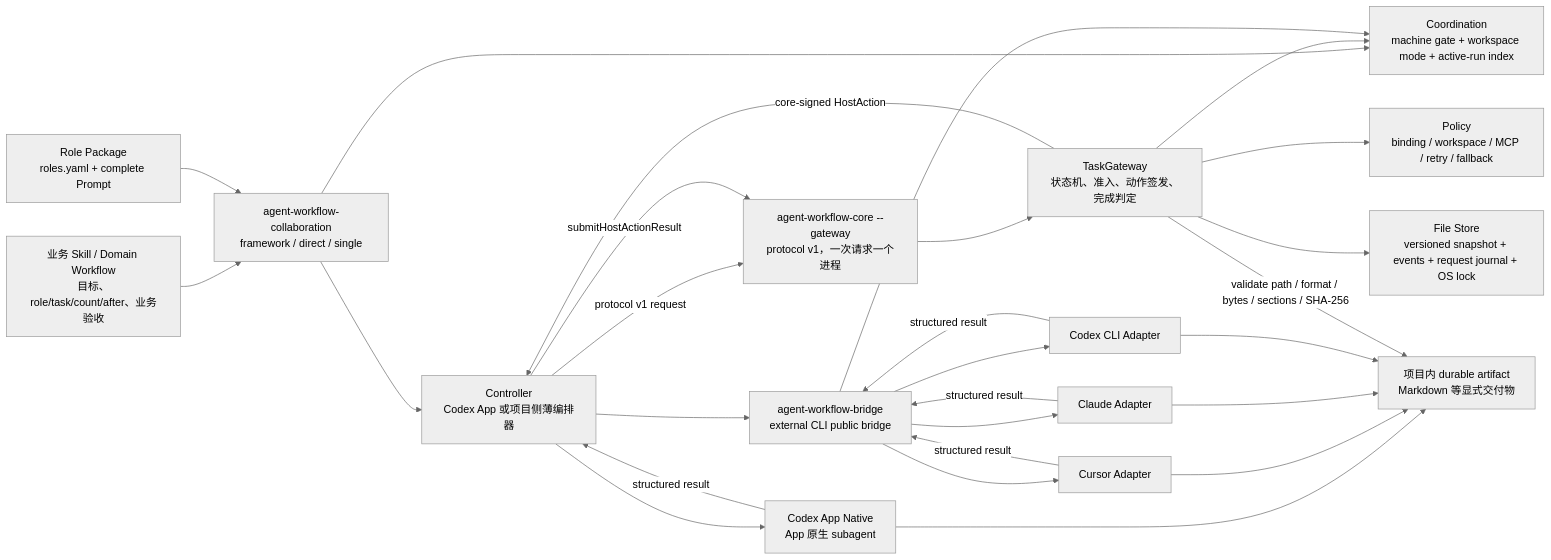
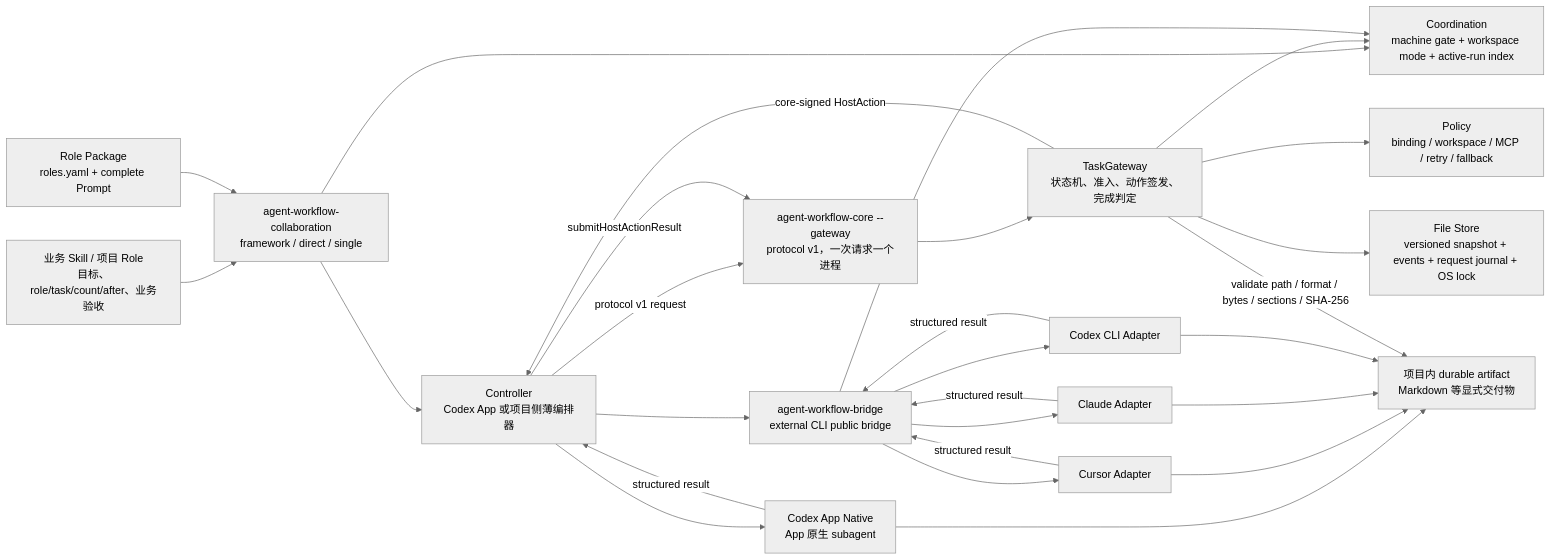
The first of 3 diagrams in docs/architecture/multi-agent-orchestration-architecture.md (Ice-Maple/agent-workflow-toolkit), drawn with Mermaid (neutral theme) before and after one commit. The commit also changed other lines of this file and 24 other files, not shown here.

````diff
--- a/docs/architecture/multi-agent-orchestration-architecture.md
+++ b/docs/architecture/multi-agent-orchestration-architecture.md
@@ -25,45 +27,45 @@
 ```mermaid
 flowchart LR
-    Domain["业务 Skill / Domain Workflow<br/>目标、role/task/count/after、业务验收"]
+    Domain["业务 Skill / 项目 Role<br/>目标、role/task/count/after、业务验收"]
     Roles["Role Package<br/>roles.yaml + complete Prompt"]
     Router["agent-workflow-collaboration<br/>framework / direct / single"]
     Coordination["Coordination<br/>machine gate + workspace mode + active-run index"]
     Controller["Controller<br/>Codex App 或项目侧薄编排器"]
     CLI["agent-workflow-core --gateway<br/>protocol v1，一次请求一个进程"]
     Core["TaskGateway<br/>状态机、准入、动作签发、完成判定"]
     Policy["Policy<br/>binding / workspace / MCP / retry / fallback"]
     Store["File Store<br/>versioned snapshot + events + request journal + OS lock"]
     Native["Codex App Native<br/>App 原生 subagent"]
     Bridge["agent-workflow-bridge<br/>external CLI public bridge"]
     Cursor["Cursor Adapter"]
     Claude["Claude Adapter"]
     Codex["Codex CLI Adapter"]
     Artifact["项目内 durable artifact<br/>Markdown 等显式交付物"]
 
     Domain --> Router
     Roles --> Router
     Router --> Coordination
     Router --> Controller
     Controller -->|"protocol v1 request"| CLI
     CLI --> Core
     Core --> Policy
     Core --> Coordination
     Core --> Store
     Core -->|"core-signed HostAction"| Controller
     Controller --> Native
     Controller --> Bridge
     Bridge --> Coordination
     Bridge --> Cursor
     Bridge --> Claude
     Bridge --> Codex
     Native -->|"structured result"| Controller
     Cursor -->|"structured result"| Bridge
     Claude -->|"structured result"| Bridge
     Codex -->|"structured result"| Bridge
     Controller -->|"submitHostActionResult"| CLI
     Native --> Artifact
     Cursor --> Artifact
     Claude --> Artifact
     Codex --> Artifact
     Core -->|"validate path / format / bytes / sections / SHA-256"| Artifact
 ```
````
